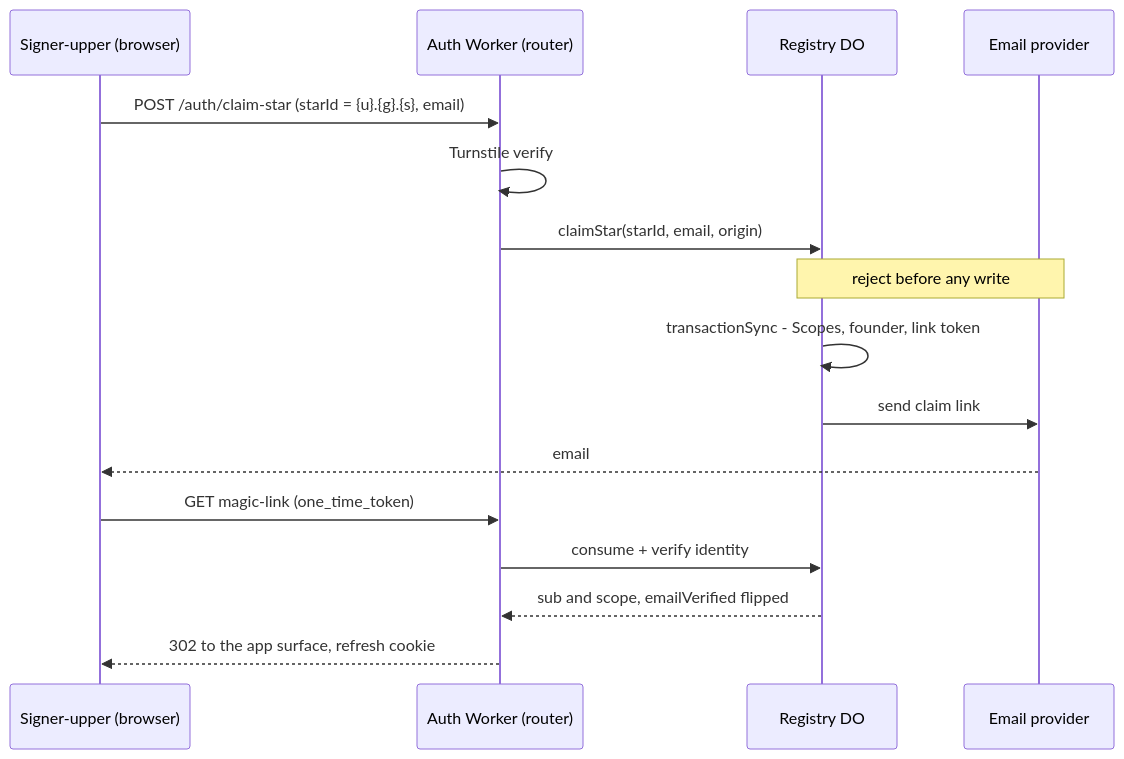
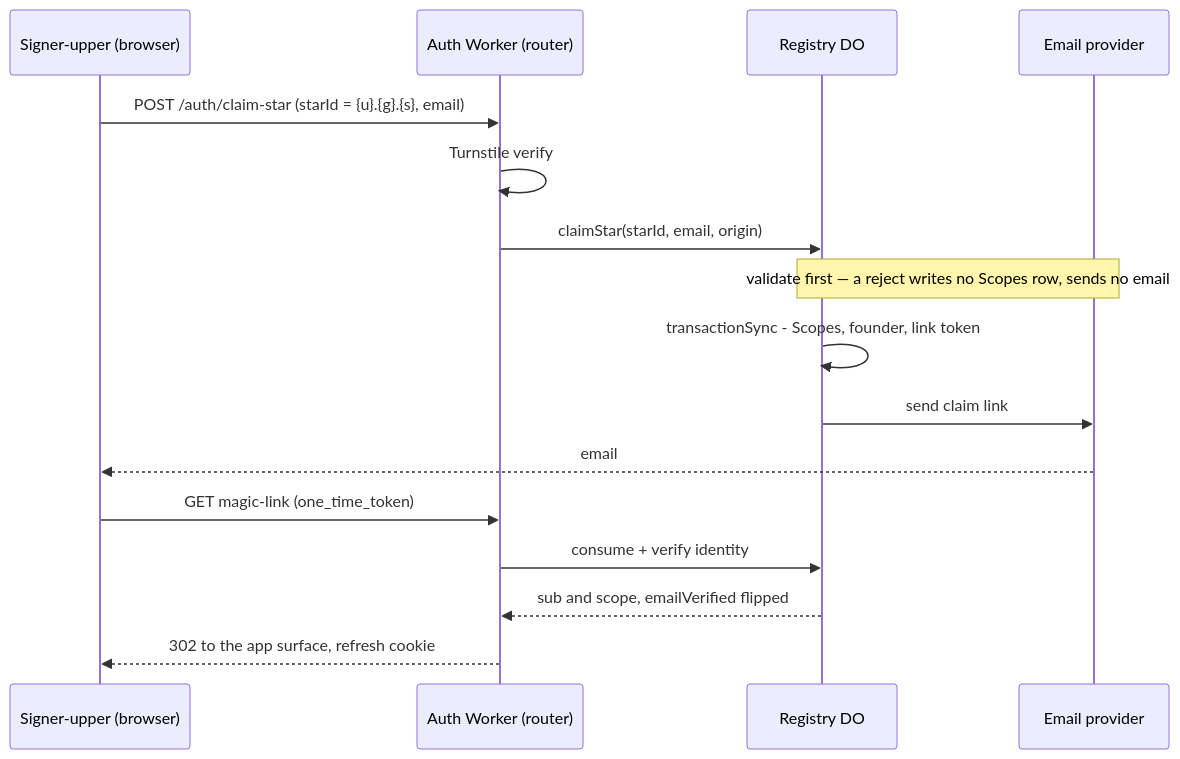
Before and after one commit to lumenize/lumenize: the diagram in tasks/nebula-star-founder-provisioning.md, drawn with Mermaid.

Commit message:
docs(star-founder): make the diagram note self-explanatory
"reject before any write" was too terse — it carried the validation-ordering
property but named neither what gets rejected nor the consequence, and cutting
the numbered happy-path list (which spelled it out) left it without context. Now:
"validate first — a reject writes no Scopes row, sends no email", which states
the actual security property (a rejected claim leaves zero state and sends zero
email).

````diff
--- a/tasks/nebula-star-founder-provisioning.md
+++ b/tasks/nebula-star-founder-provisioning.md
@@ -43,18 +43,18 @@
 ```mermaid
 sequenceDiagram
     participant U as Signer-upper (browser)
     participant W as Auth Worker (router)
     participant R as Registry DO
     participant M as Email provider
     U->>W: POST /auth/claim-star (starId = {u}.{g}.{s}, email)
     W->>W: Turnstile verify
     W->>R: claimStar(starId, email, origin)
-    Note over R,M: reject before any write
+    Note over R,M: validate first — a reject writes no Scopes row, sends no email
     R->>R: transactionSync - Scopes, founder, link token
     R->>M: send claim link
     M-->>U: email
     U->>W: GET magic-link (one_time_token)
     W->>R: consume + verify identity
     R-->>W: sub and scope, emailVerified flipped
     W-->>U: 302 to the app surface, refresh cookie
 ```
````
